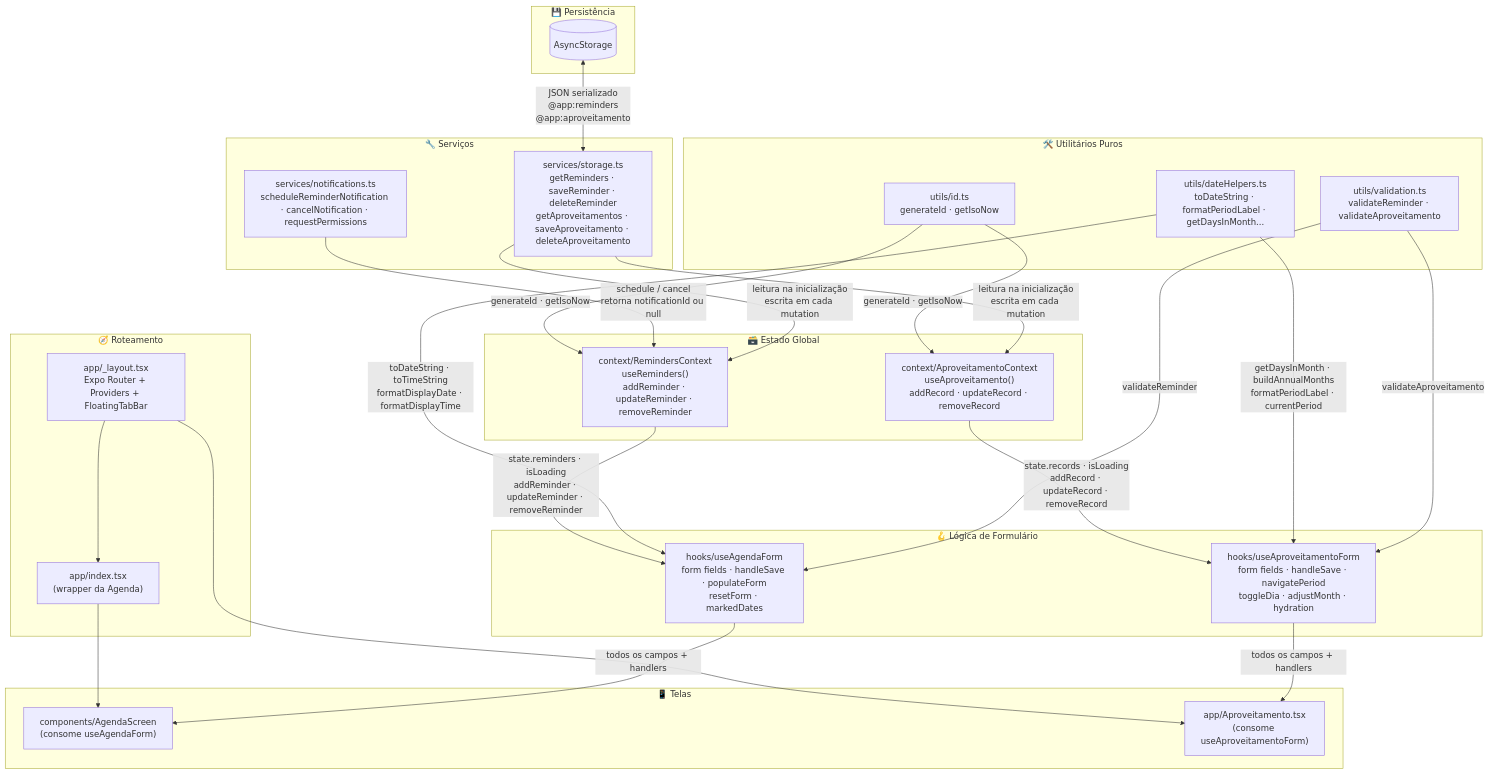
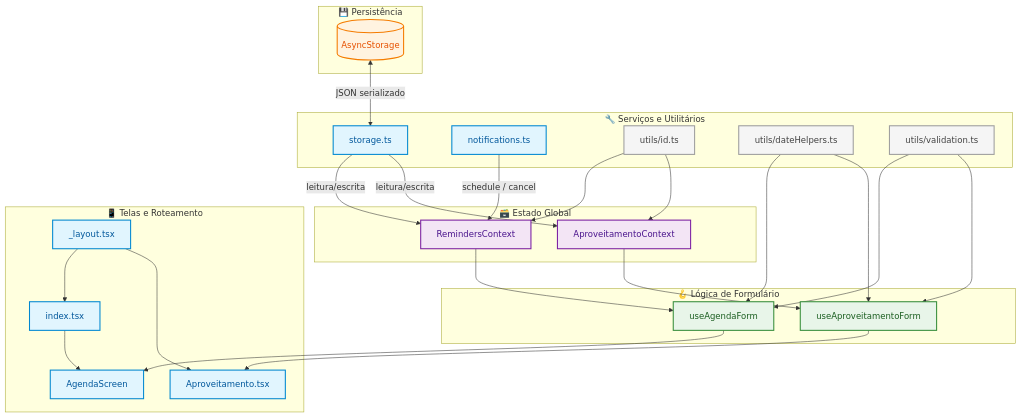
Before and after one commit to tavinholoco/repertorio-progressivo: the first of 8 diagrams in docs/architecture.md, drawn with Mermaid. The commit also changed other lines of this file and 1 other file, not shown here.

First line of the commit message:
docs: aplica boas práticas Mermaid nos 7 diagramas de arquitetura

````diff
--- a/docs/architecture.md
+++ b/docs/architecture.md
@@ -11,66 +25,71 @@
 ```mermaid
 graph TD
-    subgraph Disco["💾 Persistência"]
+    %% === ESTILOS ===
+    classDef storage  fill:#fff3e0,stroke:#f57c00,stroke-width:2px,color:#e65100
+    classDef service  fill:#e1f5fe,stroke:#0288d1,stroke-width:2px,color:#01579b
+    classDef utils    fill:#f5f5f5,stroke:#9e9e9e,stroke-width:2px,color:#424242
+    classDef context  fill:#f3e5f5,stroke:#7b1fa2,stroke-width:2px,color:#4a148c
+    classDef hooks    fill:#e8f5e9,stroke:#388e3c,stroke-width:2px,color:#1b5e20
+    classDef screen   fill:#e1f5fe,stroke:#0288d1,stroke-width:2px,color:#01579b
+
+    %% === PERSISTÊNCIA ===
+    subgraph DISK["💾 Persistência"]
         AS[(AsyncStorage)]
     end
 
-    subgraph Services["🔧 Serviços"]
-        ST["services/storage.ts\ngetReminders · saveReminder · deleteReminder\ngetAproveitamentos · saveAproveitamento · deleteAproveitamento"]
-        NT["services/notifications.ts\nscheduleReminderNotification · cancelNotification · requestPermissions"]
+    %% === SERVIÇOS E UTILITÁRIOS ===
+    subgraph SVC["🔧 Serviços e Utilitários"]
+        ST["storage.ts"]
+        NT["notifications.ts"]
+        ID["utils/id.ts"]
+        DH["utils/dateHelpers.ts"]
+        VL["utils/validation.ts"]
     end
 
-    subgraph Utils["🛠️ Utilitários Puros"]
-        ID["utils/id.ts\ngenerateId · getIsoNow"]
-        DH["utils/dateHelpers.ts\ntoDateString · formatPeriodLabel · getDaysInMonth..."]
-        VL["utils/validation.ts\nvalidateReminder · validateAproveitamento"]
+    %% === ESTADO GLOBAL ===
+    subgraph CTX["🗃️ Estado Global"]
+        RC["RemindersContext"]
+        AC["AproveitamentoContext"]
     end
 
-    subgraph Contexts["🗃️ Estado Global"]
-        RC["context/RemindersContext\nuseReminders()\naddReminder · updateReminder · removeReminder"]
-        AC["context/AproveitamentoContext\nuseAproveitamento()\naddRecord · updateRecord · removeRecord"]
+    %% === LÓGICA DE FORMULÁRIO ===
+    subgraph HKS["🪝 Lógica de Formulário"]
+        UAF["useAgendaForm"]
+        UAPF["useAproveitamentoForm"]
     end
 
-    subgraph Hooks["🪝 Lógica de Formulário"]
-        UAF["hooks/useAgendaForm\nform fields · handleSave · populateForm\nresetForm · markedDates"]
-        UAPF["hooks/useAproveitamentoForm\nform fields · handleSave · navigatePeriod\ntoggleDia · adjustMonth · hydration"]
+    %% === TELAS E ROTEAMENTO ===
+    subgraph SCR["📱 Telas e Roteamento"]
+        AGS["AgendaScreen"]
+        APR["Aproveitamento.tsx"]
+        LAY["_layout.tsx"]
+        IDX["index.tsx"]
     end
 
-    subgraph Screens["📱 Telas"]
-        AGS["components/AgendaScreen\n(consome useAgendaForm)"]
-        APR["app/Aproveitamento.tsx\n(consome useAproveitamentoForm)"]
-    end
-
-    subgraph Router["🧭 Roteamento"]
-        LAY["app/_layout.tsx\nExpo Router + Providers + FloatingTabBar"]
-        IDX["app/index.tsx\n(wrapper da Agenda)"]
-    end
-
-    %% Disco ↔ Serviços
-    AS <-->|"JSON serializado\n@app:reminders\n@app:aproveitamento"| ST
-
-    %% Serviços → Contextos
-    ST -->|"leitura na inicialização\nescrita em cada mutation"| RC
-    ST -->|"leitura na inicialização\nescrita em cada mutation"| AC
-    NT -->|"schedule / cancel\nretorna notificationId ou null"| RC
-
-    %% Utils → Contextos e Hooks
-    ID -->|"generateId · getIsoNow"| RC
-    ID -->|"generateId · getIsoNow"| AC
-    VL -->|"validateReminder"| UAF
-    VL -->|"validateAproveitamento"| UAPF
-    DH -->|"toDateString · toTimeString\nformatDisplayDate · formatDisplayTime"| UAF
-    DH -->|"getDaysInMonth · buildAnnualMonths\nformatPeriodLabel · currentPeriod"| UAPF
-
-    %% Contextos → Hooks
-    RC -->|"state.reminders · isLoading\naddReminder · updateReminder · removeReminder"| UAF
-    AC -->|"state.records · isLoading\naddRecord · updateRecord · removeRecord"| UAPF
-
-    %% Hooks → Telas
-    UAF -->|"todos os campos + handlers"| AGS
-    UAPF -->|"todos os campos + handlers"| APR
-
-    %% Router
+    %% === CONEXÕES ===
+    AS <-->|"JSON serializado"| ST
+    ST -->|"leitura/escrita"| RC
+    ST -->|"leitura/escrita"| AC
+    NT -->|"schedule / cancel"| RC
+    ID --> RC
+    ID --> AC
+    VL --> UAF
+    VL --> UAPF
+    DH --> UAF
+    DH --> UAPF
+    RC --> UAF
+    AC --> UAPF
+    UAF --> AGS
+    UAPF --> APR
     LAY --> IDX
     IDX --> AGS
     LAY --> APR
+
+    %% === CLASSES ===
+    class AS storage
+    class ST,NT service
+    class ID,DH,VL utils
+    class RC,AC context
+    class UAF,UAPF hooks
+    class AGS,APR,LAY,IDX screen
 ```
````
